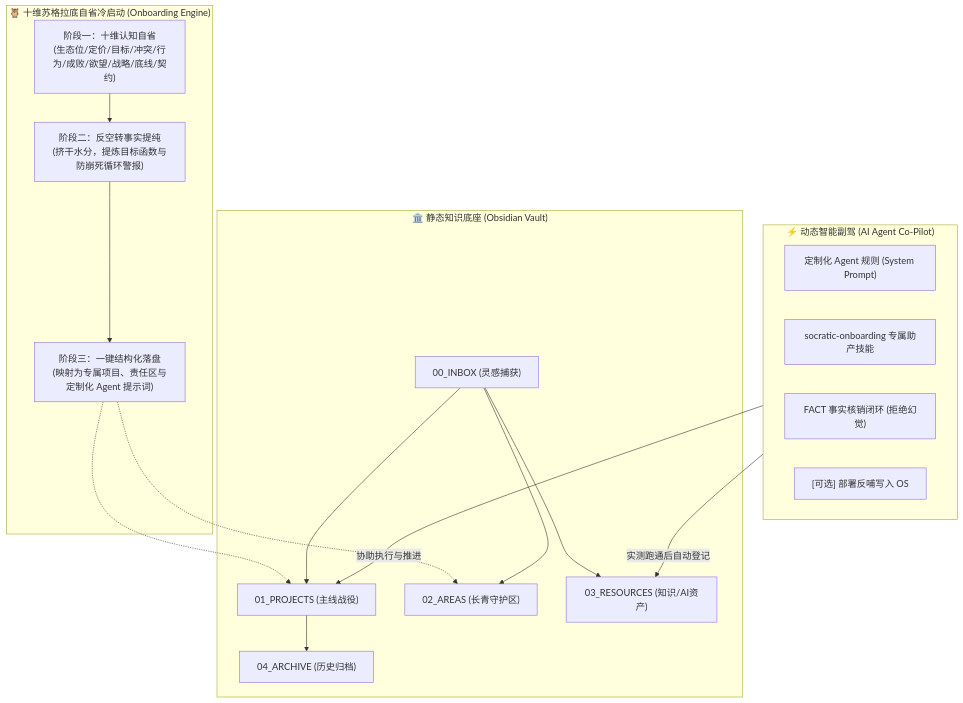
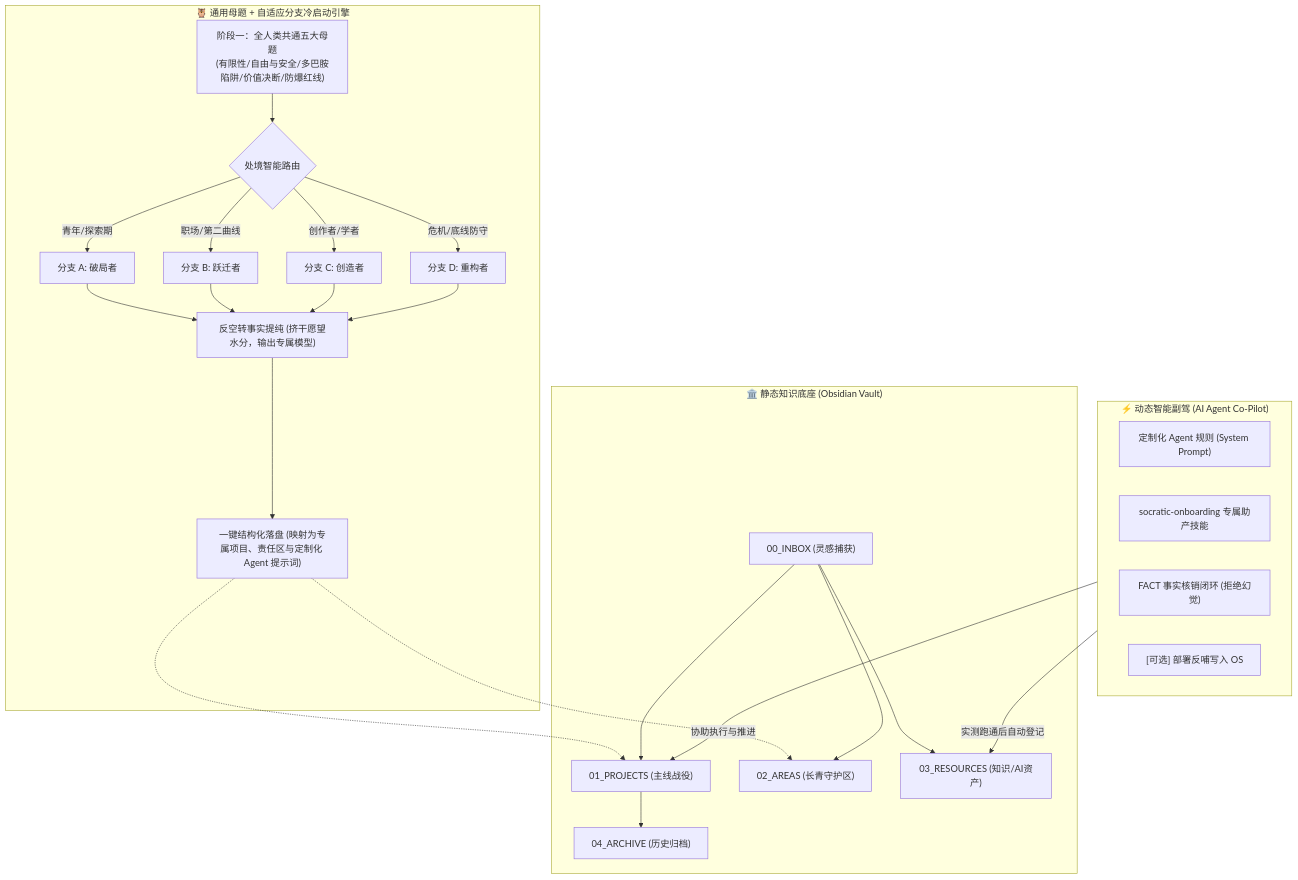
One commit to amen121386/Know-Yourself changed the diagram in README.md. Above: the diagram before and after it, drawn with Mermaid. The commit also changed other lines of this file and 4 other files, not shown here.

Commit message:
feat: implement universal human condition core & adaptive branch engine

````diff
--- a/README.md
+++ b/README.md
@@ -32,26 +33,34 @@
 ```mermaid
 flowchart TD
-    subgraph Socratic ["🦉 十维苏格拉底自省冷启动 (Onboarding Engine)"]
-        INTERVIEW["阶段一：十维认知自省<br>(生态位/定价/目标/冲突/行为/成败/欲望/战略/底线/契约)"] --> EXTRACT["阶段二：反空转事实提纯<br>(挤干水分，提炼目标函数与防崩死循环警报)"]
-        EXTRACT --> INGEST["阶段三：一键结构化落盘<br>(映射为专属项目、责任区与定制化 Agent 提示词)"]
+    subgraph Socratic ["🦉 通用母题 + 自适应分支冷启动引擎"]
+        UNIVERSAL["阶段一：全人类共通五大母题<br>(有限性/自由与安全/多巴胺陷阱/价值决断/防爆红线)"] --> ROUTER{"处境智能路由"}
+        ROUTER -->|青年/探索期| B1["分支 A: 破局者"]
+        ROUTER -->|职场/第二曲线| B2["分支 B: 跃迁者"]
+        ROUTER -->|创作者/学者| B3["分支 C: 创造者"]
+        ROUTER -->|危机/底线防守| B4["分支 D: 重构者"]
+        B1 --> EXTRACT["反空转事实提纯 (挤干愿望水分，输出专属模型)"]
+        B2 --> EXTRACT
+        B3 --> EXTRACT
+        B4 --> EXTRACT
+        EXTRACT --> INGEST["一键结构化落盘 (映射为专属项目、责任区与定制化 Agent 提示词)"]
     end
 
     subgraph Core1 ["🏛️ 静态知识底座 (Obsidian Vault)"]
         INGEST -.-> PROJECTS["01_PROJECTS (主线战役)"]
         INGEST -.-> AREAS["02_AREAS (长青守护区)"]
         INBOX["00_INBOX (灵感捕获)"] --> PROJECTS
         INBOX --> AREAS
         INBOX --> RESOURCES["03_RESOURCES (知识/AI资产)"]
         PROJECTS --> ARCHIVE["04_ARCHIVE (历史归档)"]
     end
 
     subgraph Core2 ["⚡ 动态智能副驾 (AI Agent Co-Pilot)"]
         PROMPT["定制化 Agent 规则 (System Prompt)"]
         SKILL["socratic-onboarding 专属助产技能"]
         FACT["FACT 事实核销闭环 (拒绝幻觉)"]
         AUTOSYNC["[可选] 部署反哺写入 OS"]
     end
 
     Core2 -->|协助执行与推进| PROJECTS
     Core2 -->|实测跑通后自动登记| RESOURCES
 ```
````
